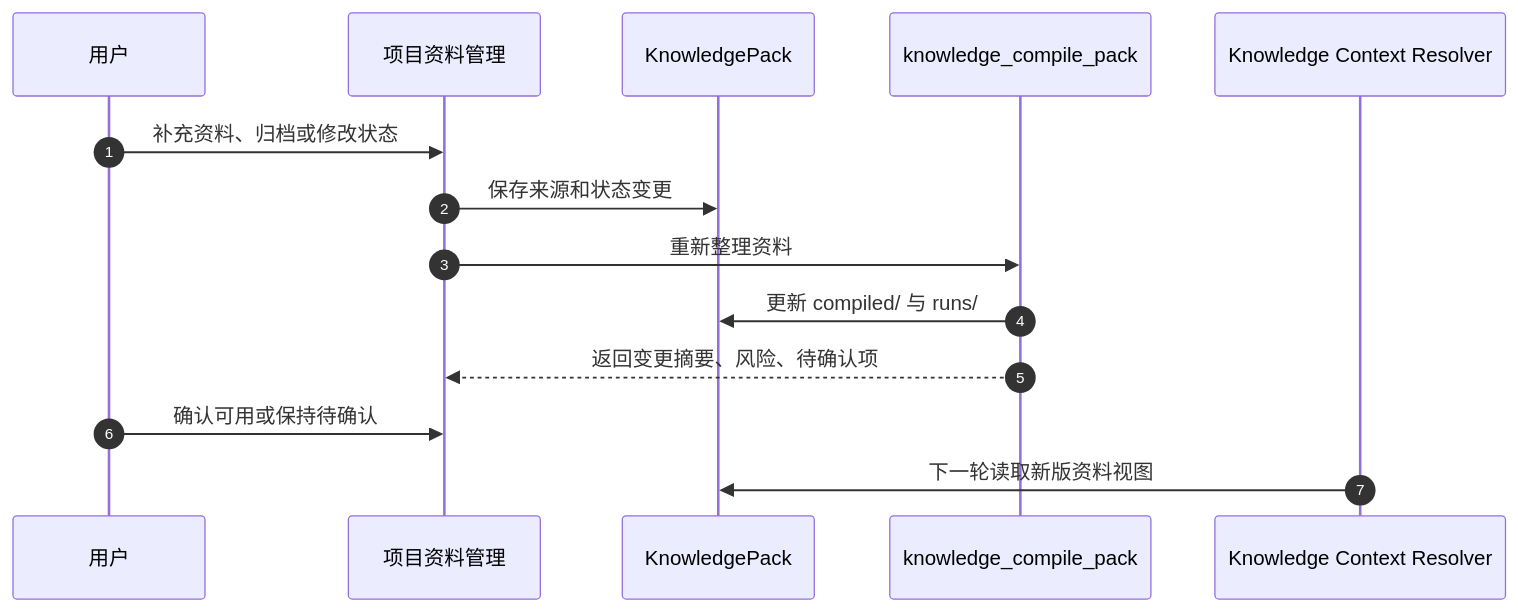
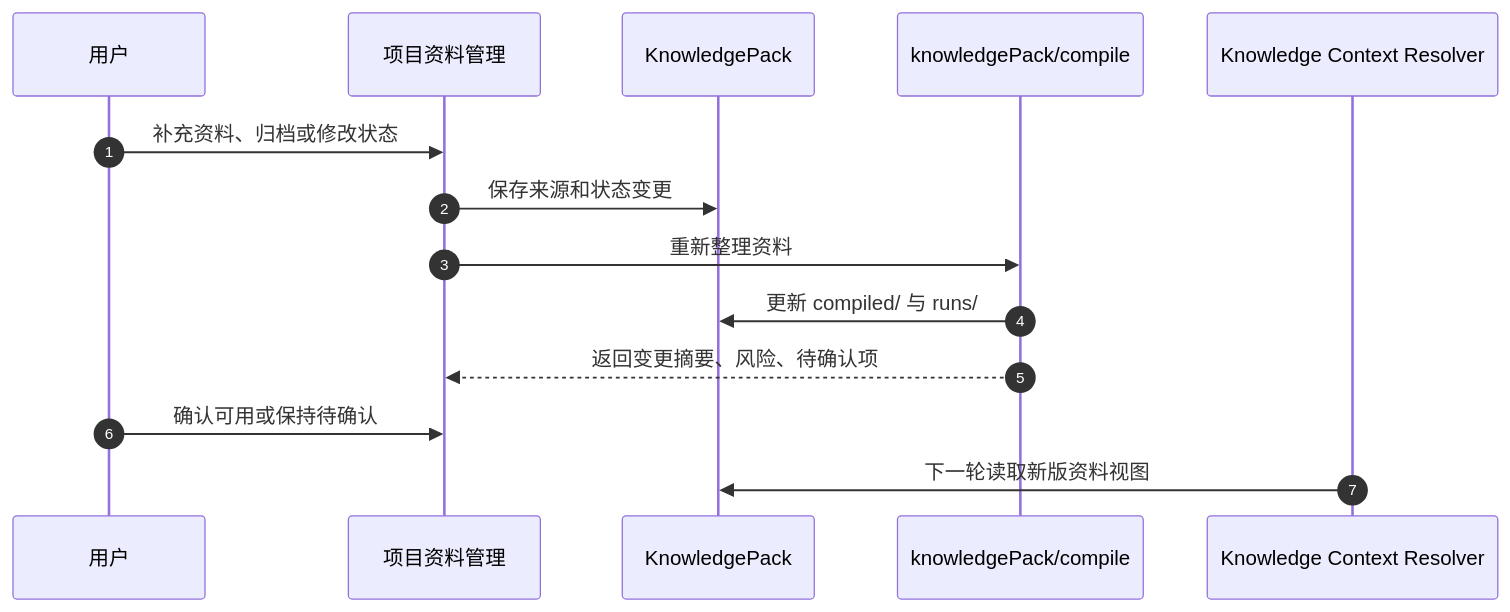
Before and after one commit to jiujuan/lime: the sixth of 9 diagrams in internal/roadmap/knowledge/prd.md, drawn with Mermaid. The commit also changed other lines of this file and 485 other files, not shown here.

````diff
--- a/internal/roadmap/knowledge/prd.md
+++ b/internal/roadmap/knowledge/prd.md
@@ -656,17 +656,17 @@
 ```mermaid
 sequenceDiagram
   autonumber
   participant U as 用户
   participant Manage as 项目资料管理
   participant Pack as KnowledgePack
-  participant Compiler as knowledge_compile_pack
+  participant Compiler as knowledgePack/compile
   participant Resolver as Knowledge Context Resolver
 
   U->>Manage: 补充资料、归档或修改状态
   Manage->>Pack: 保存来源和状态变更
   Manage->>Compiler: 重新整理资料
   Compiler->>Pack: 更新 compiled/ 与 runs/
   Compiler-->>Manage: 返回变更摘要、风险、待确认项
   U->>Manage: 确认可用或保持待确认
   Resolver->>Pack: 下一轮读取新版资料视图
 ```
````
